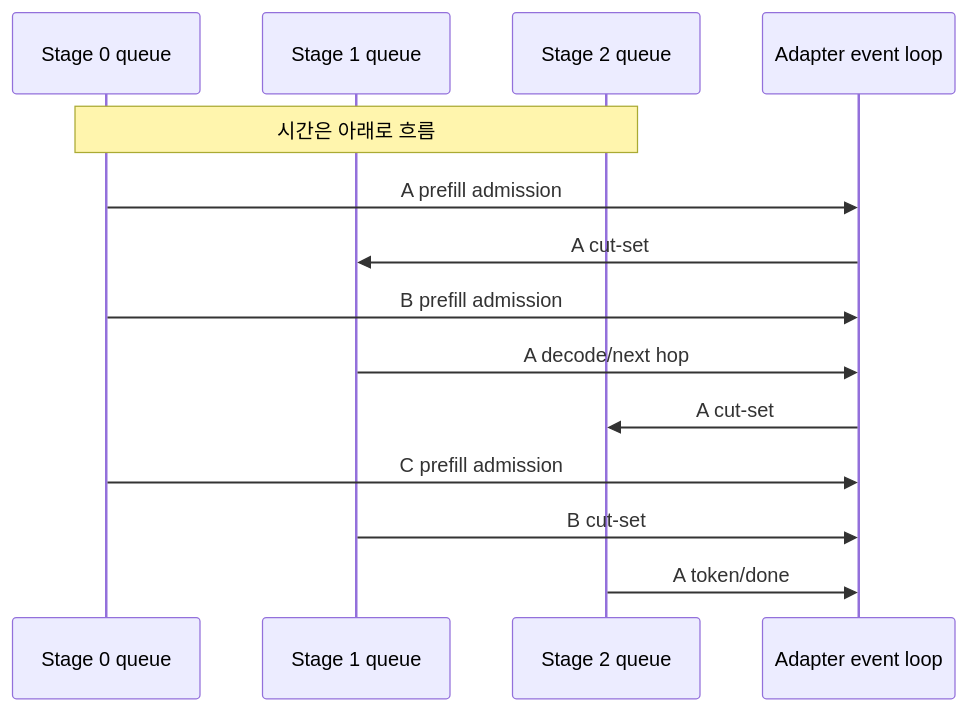
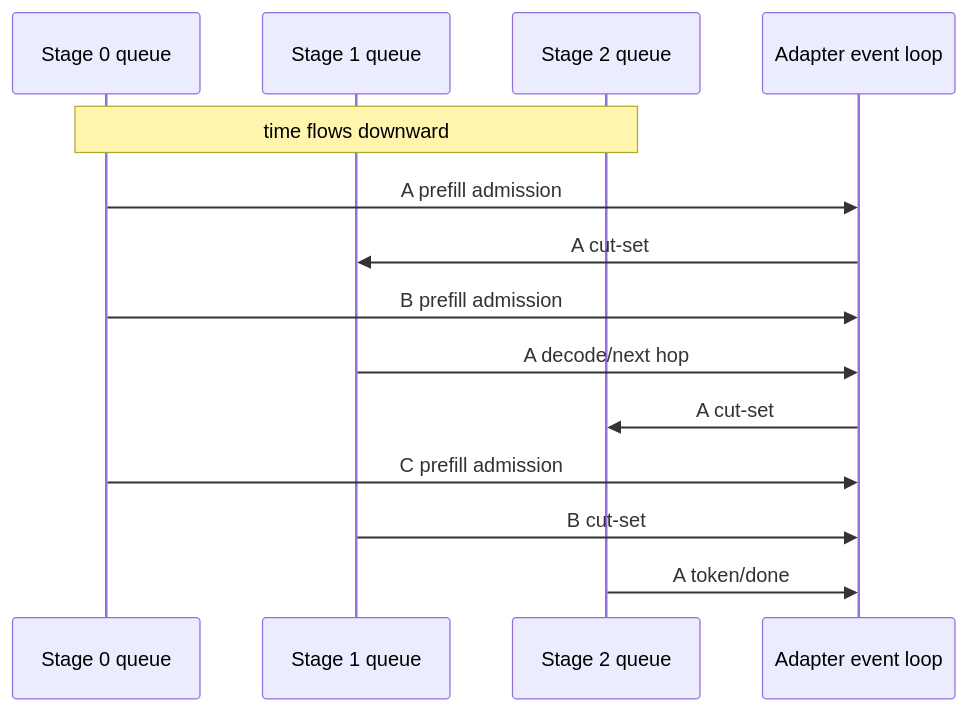
One commit to louisevandan/kvasir-net changed the fourth of 10 diagrams in docs/protocol.md. Above: the diagram before and after it, drawn with Mermaid. The commit also changed other lines of this file and 212 other files, not shown here.

````diff
--- a/docs/protocol.md
+++ b/docs/protocol.md
@@ -1578,17 +1642,17 @@
 ```mermaid
 sequenceDiagram
     participant Q0 as Stage 0 queue
     participant Q1 as Stage 1 queue
     participant Q2 as Stage 2 queue
     participant G as Adapter event loop
 
-    Note over Q0,Q2: 시간은 아래로 흐름
+    Note over Q0,Q2: time flows downward
     Q0->>G: A prefill admission
     G->>Q1: A cut-set
     Q0->>G: B prefill admission
     Q1->>G: A decode/next hop
     G->>Q2: A cut-set
     Q0->>G: C prefill admission
     Q1->>G: B cut-set
     Q2->>G: A token/done
 ```
````
